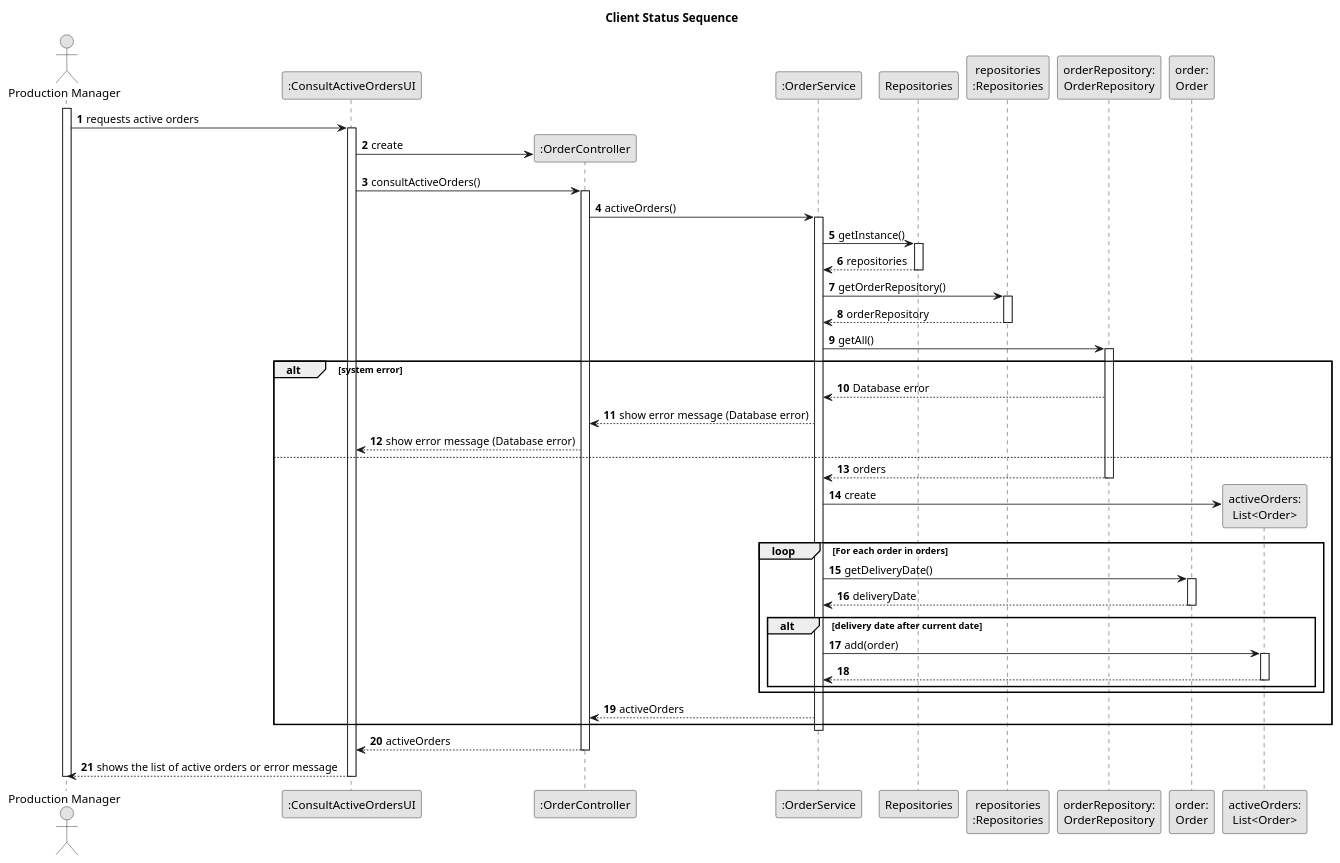
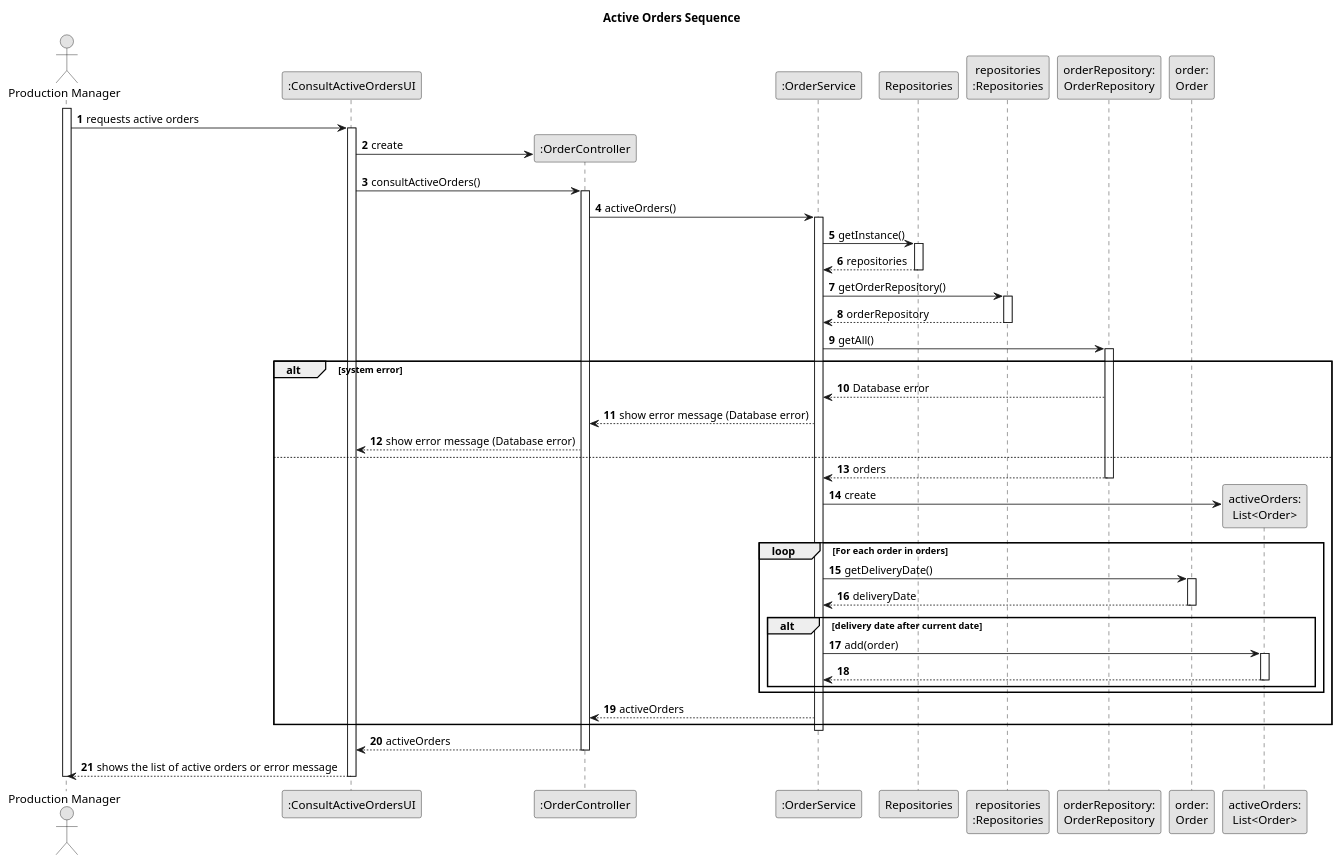
One commit to daniel41silva05/Production_Control_Industrial_ISEP changed the diagram in documentation/user-stories/us008/03.design/puml/us008-sequence-diagram.puml. Above: the diagram before and after it, drawn with PlantUML. The commit also changed 14 other files, not shown here.

```diff
--- a/documentation/user-stories/us008/03.design/puml/us008-sequence-diagram.puml
+++ b/documentation/user-stories/us008/03.design/puml/us008-sequence-diagram.puml
@@ -1,82 +1,82 @@
 @startuml
 skinparam monochrome true
 skinparam packageStyle rectangle
 skinparam shadowing false
 
 title System Sequence Diagram (SSD)
 
 autonumber
 
 actor "Production Manager" as PM
 participant ":ConsultActiveOrdersUI" as UI
 participant ":OrderController" as CTRL
 participant ":OrderService" as SRV
 participant "Repositories" as REPS
 participant "repositories\n:Repositories" as REP
 participant "orderRepository:\nOrderRepository" as orderRepository
 participant "order:\nOrder" as ORDER
 participant "activeOrders:\nList<Order>" as activeOrders
 
-title Client Status Sequence
+title Active Orders Sequence
 
 activate PM
     PM -> UI : requests active orders
     activate UI
 
         UI -> CTRL** : create
 
         UI -> CTRL : consultActiveOrders()
         activate CTRL
             CTRL -> SRV : activeOrders()
             activate SRV
 
                 SRV -> REPS : getInstance()
                 activate REPS
                 REPS --> SRV: repositories
                 deactivate REPS
                 SRV -> REP : getOrderRepository()
                 activate REP
                 REP --> SRV : orderRepository
                 deactivate REP
 
                 SRV -> orderRepository : getAll()
                 activate orderRepository
             alt system error
                         orderRepository --> SRV: Database error
 
                         SRV --> CTRL: show error message (Database error)
 
                         CTRL --> UI: show error message (Database error)
             else
                         orderRepository --> SRV: orders
                         deactivate orderRepository
 
             SRV -> activeOrders** : create
 
             loop For each order in orders
 
                         SRV -> ORDER : getDeliveryDate()
                         activate ORDER
                         ORDER --> SRV : deliveryDate
                         deactivate ORDER
 
                         alt delivery date after current date
                             SRV -> activeOrders : add(order)
                             activate activeOrders
                             activeOrders --> SRV :
                             deactivate activeOrders
                         end alt
                     end loop
 
                     SRV --> CTRL : activeOrders
                 end alt
                 deactivate SRV
 
             CTRL --> UI : activeOrders
             deactivate CTRL
 
         UI --> PM : shows the list of active orders or error message
         deactivate UI
 
 deactivate PM
 @enduml
```
